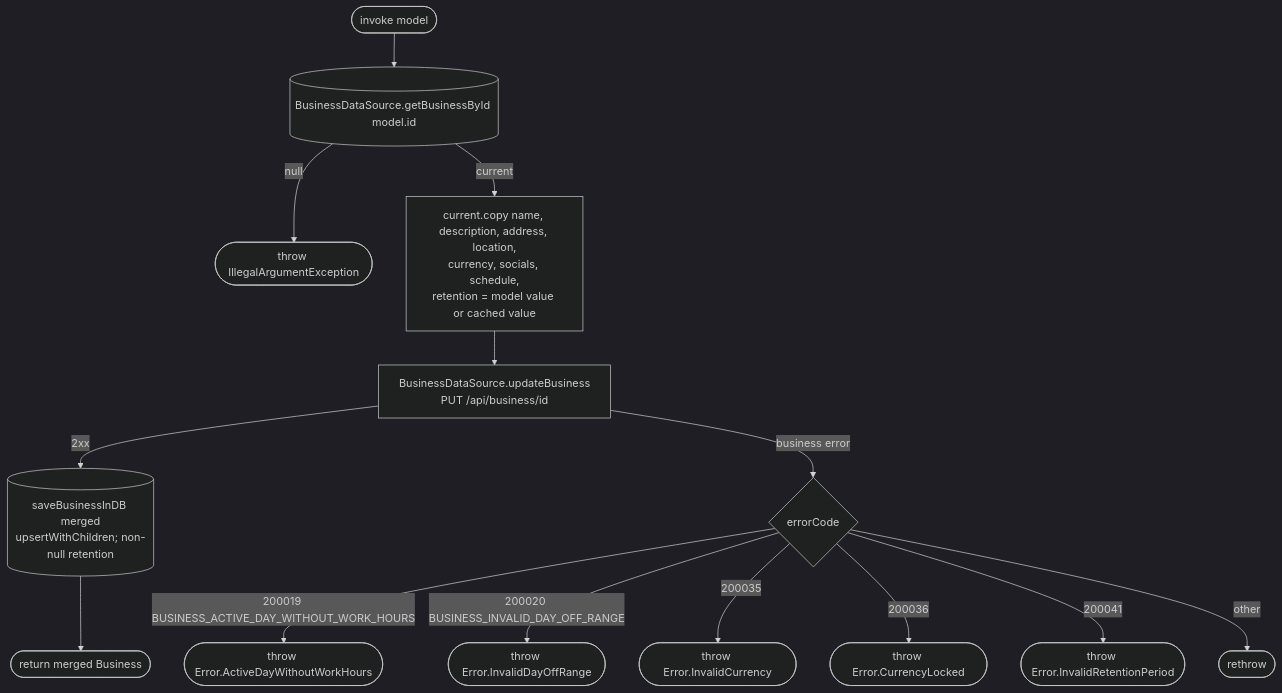
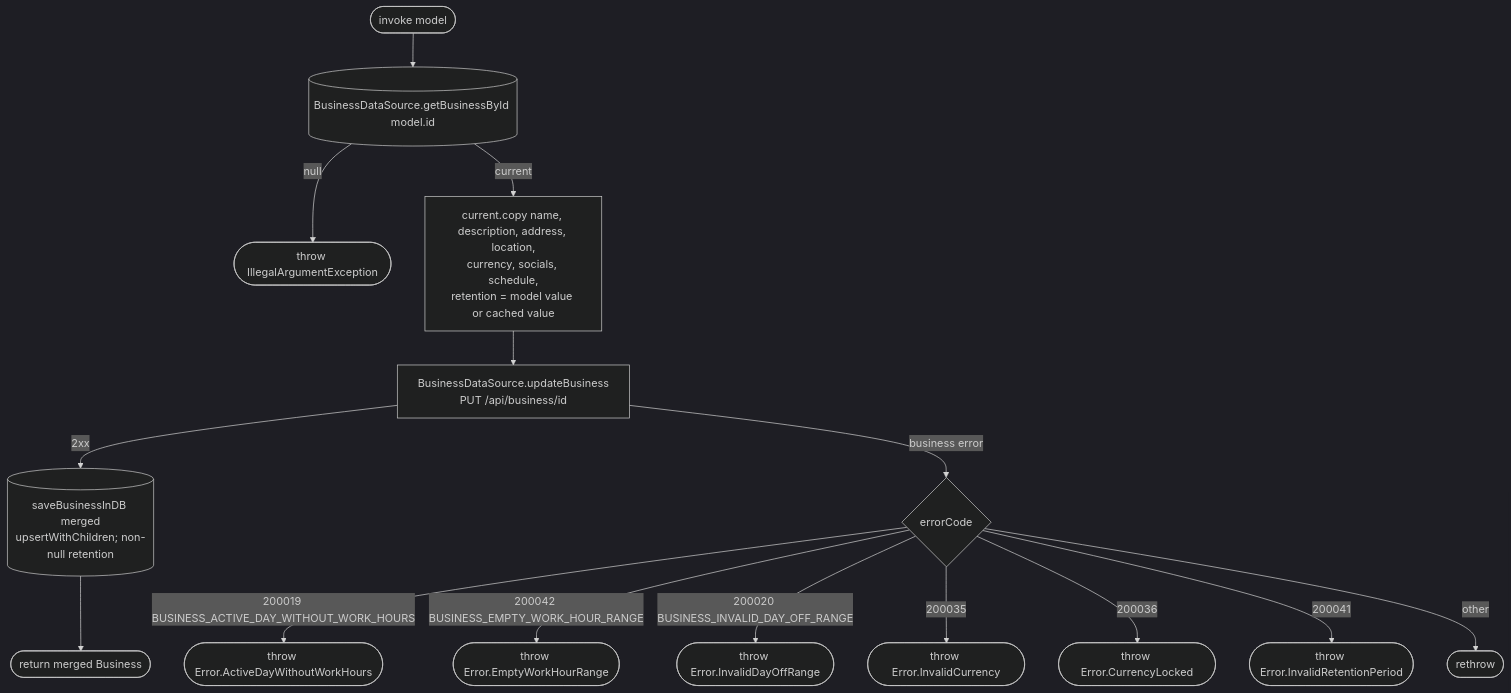
The diagram in docs/operations/business/update-business.md (nocturneproperties/bookkme-client), drawn with Mermaid (dark theme) before and after one commit. The commit also changed other lines of this file and 48 other files, not shown here.

````diff
--- a/docs/operations/business/update-business.md
+++ b/docs/operations/business/update-business.md
@@ -13,16 +13,17 @@
 ```mermaid
 flowchart TD
     Start([invoke model]) --> Read[(BusinessDataSource.getBusinessById model.id)]
     Read -- null --> E0([throw IllegalArgumentException])
     Read -- current --> Merge[current.copy name, description, address, location,<br/>currency, socials, schedule,<br/>retention = model value or cached value]
     Merge --> Net[BusinessDataSource.updateBusiness<br/>PUT /api/business/id]
     Net -- 2xx --> Save[(saveBusinessInDB merged<br/>upsertWithChildren; non-null retention)]
     Save --> R([return merged Business])
     Net -- business error --> Code{errorCode}
     Code -- 200019 BUSINESS_ACTIVE_DAY_WITHOUT_WORK_HOURS --> E1([throw Error.ActiveDayWithoutWorkHours])
+    Code -- 200042 BUSINESS_EMPTY_WORK_HOUR_RANGE --> E3([throw Error.EmptyWorkHourRange])
     Code -- 200020 BUSINESS_INVALID_DAY_OFF_RANGE --> E2([throw Error.InvalidDayOffRange])
     Code -- 200035 --> Added200035([throw Error.InvalidCurrency])
     Code -- 200036 --> Added200036([throw Error.CurrencyLocked])
     Code -- 200041 --> Added200041([throw Error.InvalidRetentionPeriod])
     Code -- other --> EX([rethrow])
 ```
````
